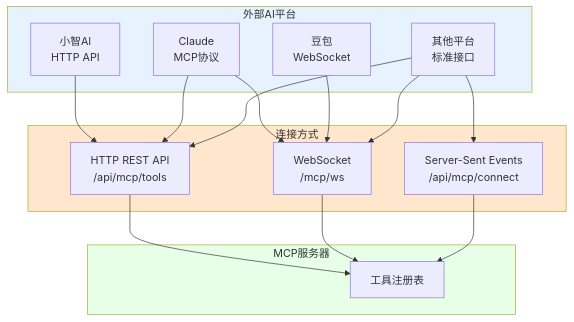
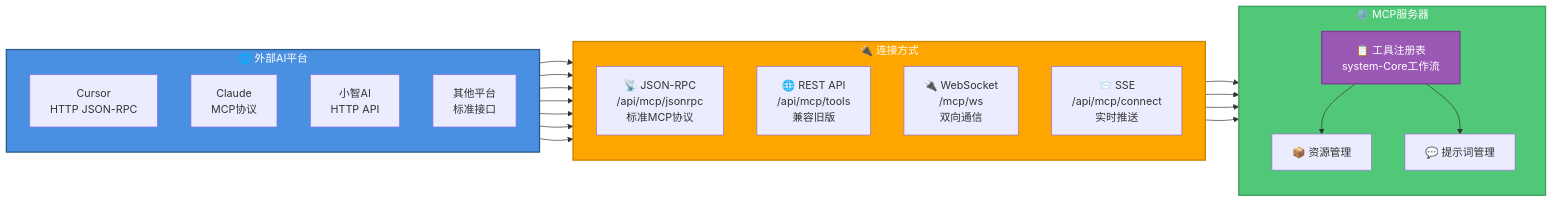
Before and after one commit to sunflowermm/XRK-AGT: the seventh of 7 diagrams in docs/mcp-guide.md, drawn with Mermaid. The commit also changed other lines of this file and 1 other file, not shown here.

````diff
--- a/docs/mcp-guide.md
+++ b/docs/mcp-guide.md
@@ -734,39 +806,46 @@
 ```mermaid
-flowchart TB
-    subgraph Platforms["外部AI平台"]
+flowchart LR
+    subgraph Platforms["🌐 外部AI平台"]
+        direction TB
+        Cursor["Cursor<br/>HTTP JSON-RPC"]
+        Claude["Claude<br/>MCP协议"]
         XiaoZhi["小智AI<br/>HTTP API"]
-        Claude["Claude<br/>MCP协议"]
-        Doubao["豆包<br/>WebSocket"]
         Other["其他平台<br/>标准接口"]
     end
     
-    subgraph Connections["连接方式"]
-        HTTP["HTTP REST API<br/>/api/mcp/tools"]
-        WS["WebSocket<br/>/mcp/ws"]
-        SSE["Server-Sent Events<br/>/api/mcp/connect"]
+    subgraph Connections["🔌 连接方式"]
+        direction TB
+        JSONRPC["📡 JSON-RPC<br/>/api/mcp/jsonrpc<br/>标准MCP协议"]
+        REST["🌐 REST API<br/>/api/mcp/tools<br/>兼容旧版"]
+        WS["🔌 WebSocket<br/>/mcp/ws<br/>双向通信"]
+        SSE["📨 SSE<br/>/api/mcp/connect<br/>实时推送"]
     end
     
-    subgraph Server["MCP服务器"]
-        Tools["工具注册表"]
+    subgraph Server["⚙️ MCP服务器"]
+        direction TB
+        Tools["📋 工具注册表<br/>system-Core工作流"]
+        Resources["📦 资源管理"]
+        Prompts["💬 提示词管理"]
     end
     
-    XiaoZhi --> HTTP
-    Claude --> HTTP
+    Cursor --> JSONRPC
+    Claude --> JSONRPC
     Claude --> WS
-    Doubao --> WS
-    Other --> HTTP
+    XiaoZhi --> REST
+    Other --> JSONRPC
     Other --> WS
     Other --> SSE
     
-    HTTP --> Tools
+    JSONRPC --> Tools
+    REST --> Tools
     WS --> Tools
     SSE --> Tools
     
-    style Platforms fill:#E6F3FF
-    style Connections fill:#FFE6CC
-    style Server fill:#90EE90
+    Tools --> Resources
+    Tools --> Prompts
     
-    style Platforms fill:#E6F3FF
-    style Connections fill:#FFE6CC
-    style Server fill:#E6FFE6
+    style Platforms fill:#4A90E2,stroke:#2E5C8A,stroke-width:2px,color:#fff
+    style Connections fill:#FFA500,stroke:#CC8400,stroke-width:2px,color:#fff
+    style Server fill:#50C878,stroke:#3FA060,stroke-width:2px,color:#fff
+    style Tools fill:#9B59B6,stroke:#7D3C98,stroke-width:2px,color:#fff
 ```
````
